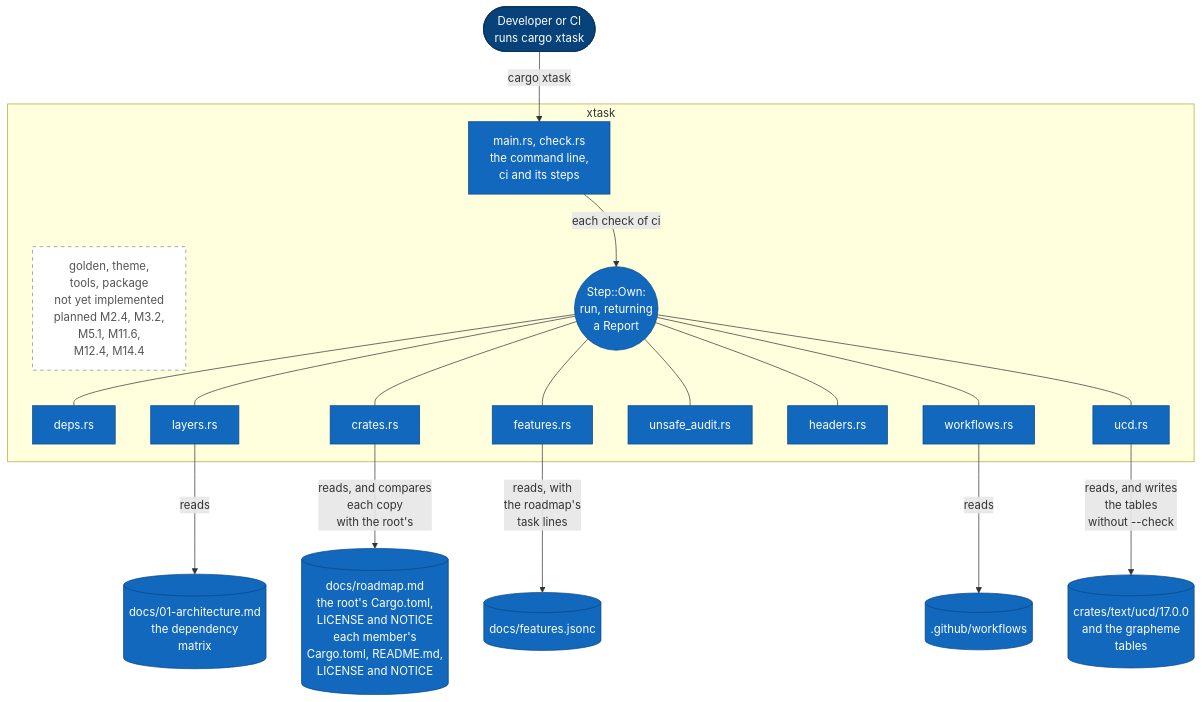
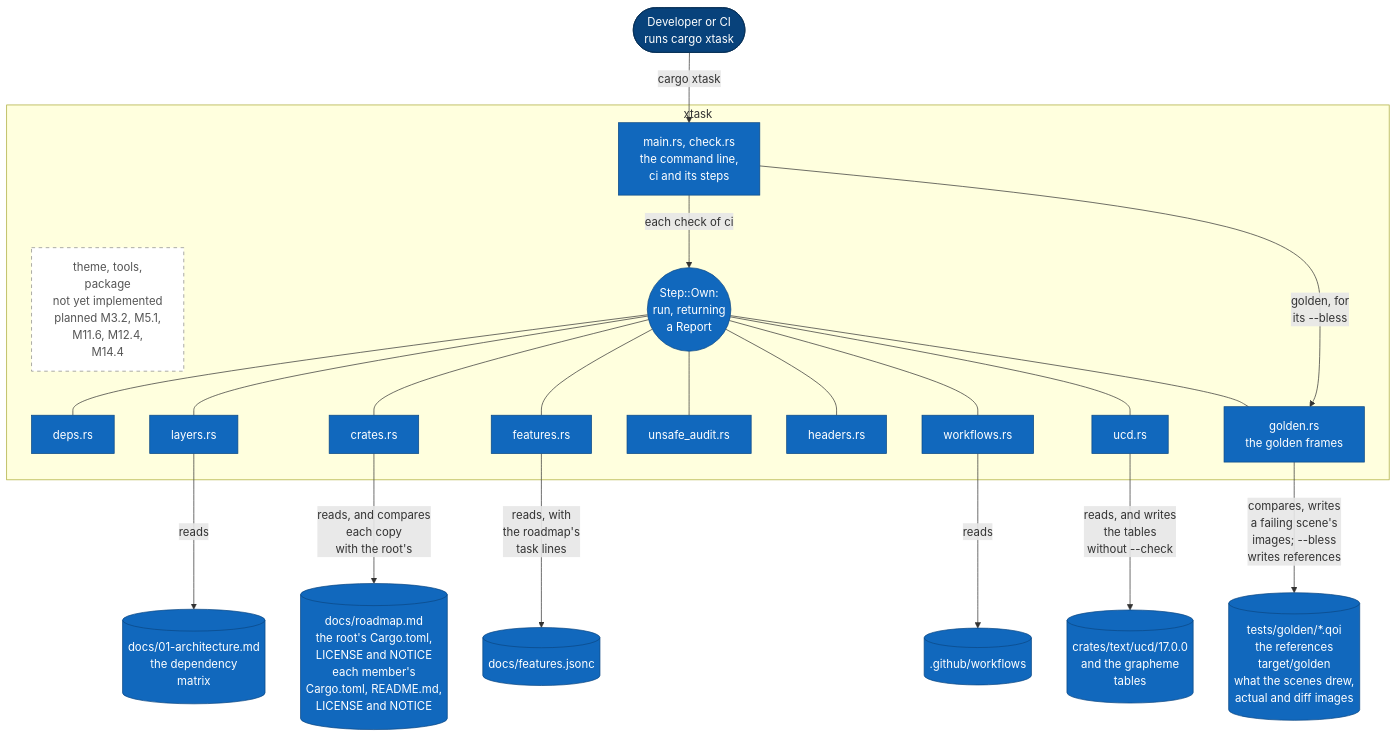
Before and after one commit to jabbott-iii/Tidepool: diagram 17 of 21 in diagrams/component-diagrams.md, drawn with Mermaid. The commit also changed other lines of this file and 67 other files, not shown here.

First line of the commit message:
codec, gfx, xtask: QOI, the golden harness and gfx goldens (M2.4)

````diff
--- a/diagrams/component-diagrams.md
+++ b/diagrams/component-diagrams.md
@@ -941,52 +957,57 @@
 ```mermaid
 flowchart TB
     p_dev(["Developer or CI<br/>runs cargo xtask"])
 
     subgraph sg_xtask["xtask"]
         c_main["main.rs, check.rs<br/>the command line,<br/>ci and its steps"]
-        c_later["golden, theme,<br/>tools, package<br/>not yet implemented<br/>planned M2.4, M3.2,<br/>M5.1, M11.6,<br/>M12.4, M14.4"]
+        c_later["theme, tools,<br/>package<br/>not yet implemented<br/>planned M3.2, M5.1,<br/>M11.6, M12.4,<br/>M14.4"]
         i_step(("Step::Own:<br/>run, returning<br/>a Report"))
         c_deps["deps.rs"]
         c_layers["layers.rs"]
         c_crates["crates.rs"]
         c_features["features.rs"]
         c_unsafe["unsafe_audit.rs"]
         c_headers["headers.rs"]
         c_workflows["workflows.rs"]
         c_ucd["ucd.rs"]
+        c_golden["golden.rs<br/>the golden frames"]
     end
     %% An invisible link: it only keeps the planned commands beside the step circle.
     c_main ~~~ c_later
 
     f_matrix[("docs/01-architecture.md<br/>the dependency<br/>matrix")]
     f_readmes[("docs/roadmap.md<br/>the root's Cargo.toml,<br/>LICENSE and NOTICE<br/>each member's<br/>Cargo.toml, README.md,<br/>LICENSE and NOTICE")]
     f_ucd[("crates/text/ucd/17.0.0<br/>and the grapheme<br/>tables")]
     f_workflows[(".github/workflows")]
     f_features[("docs/features.jsonc")]
+    f_golden[("tests/golden/*.qoi<br/>the references<br/>target/golden<br/>what the scenes drew,<br/>actual and diff images")]
 
     p_dev -->|"cargo xtask"| c_main
     c_main -->|"each check of ci"| i_step
     i_step --- c_deps
     i_step --- c_layers
     i_step --- c_crates
     i_step --- c_features
     i_step --- c_unsafe
     i_step --- c_headers
     i_step --- c_workflows
     i_step --- c_ucd
+    i_step --- c_golden
+    c_main -->|"golden, for<br/>its --bless"| c_golden
 
     c_layers -->|"reads"| f_matrix
     c_crates -->|"reads, and compares<br/>each copy<br/>with the root's"| f_readmes
     c_ucd -->|"reads, and writes<br/>the tables<br/>without --check"| f_ucd
     c_workflows -->|"reads"| f_workflows
     c_features -->|"reads, with<br/>the roadmap's<br/>task lines"| f_features
+    c_golden -->|"compares, writes<br/>a failing scene's<br/>images; --bless<br/>writes references"| f_golden
 
     classDef person fill:#08427b,stroke:#052e56,color:#ffffff
     classDef built fill:#1168bd,stroke:#0b4884,color:#ffffff
     classDef planned fill:#ffffff,stroke:#888888,stroke-dasharray: 5 5,color:#555555
     classDef store fill:#1168bd,stroke:#0b4884,color:#ffffff
     class p_dev person
-    class c_main,i_step,c_deps,c_layers,c_crates,c_features,c_unsafe,c_headers,c_workflows,c_ucd built
+    class c_main,i_step,c_deps,c_layers,c_crates,c_features,c_unsafe,c_headers,c_workflows,c_ucd,c_golden built
     class c_later planned
-    class f_matrix,f_readmes,f_ucd,f_workflows,f_features store
+    class f_matrix,f_readmes,f_ucd,f_workflows,f_features,f_golden store
 ```
````
